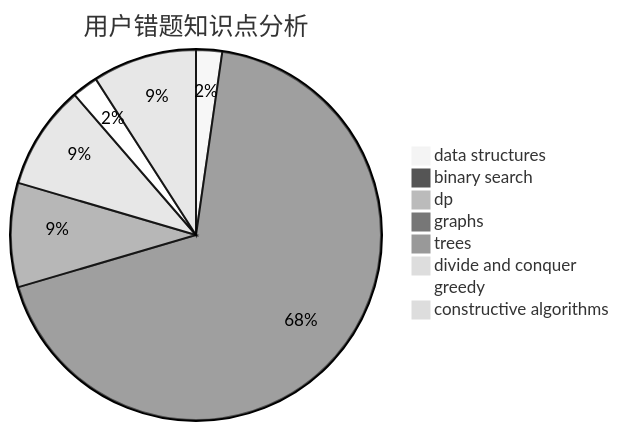
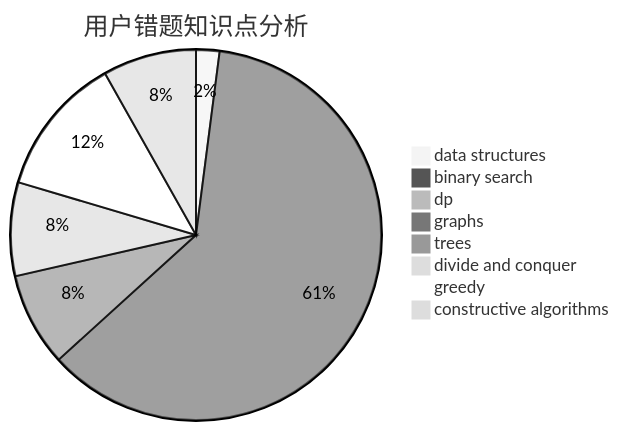
The third of 3 diagrams in docs/user/u666.md (sherpahu/cfrs.github.io), drawn with Mermaid (neutral theme) before and after one commit. The commit also changed other lines of this file and 2770 other files, not shown here.

````diff
--- a/docs/user/u666.md
+++ b/docs/user/u666.md
@@ -36,11 +36,11 @@
 ```mermaid
 pie title 用户错题知识点分析
     "data structures" :  1
     "binary search" :  0
     "dp" :  0
     "graphs" :  30
     "trees" :  4
     "divide and conquer" :  4
-    "greedy" :  1
+    "greedy" :  6
     "constructive algorithms" :  4
 ```
````
